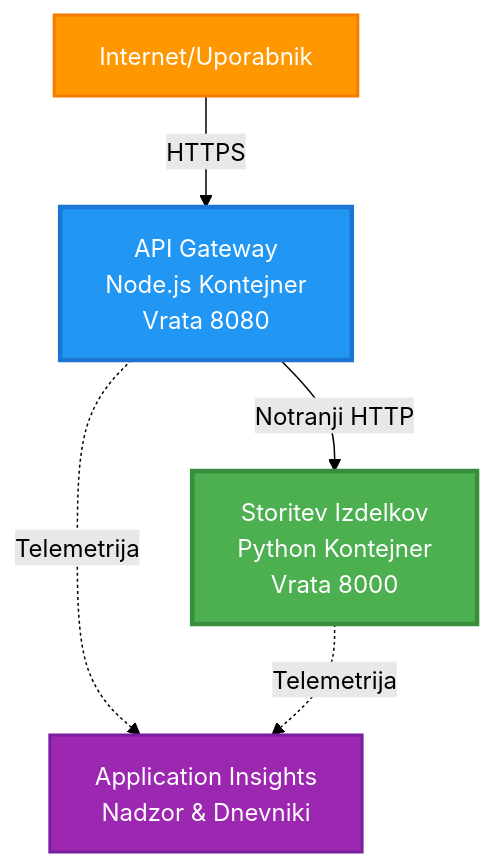
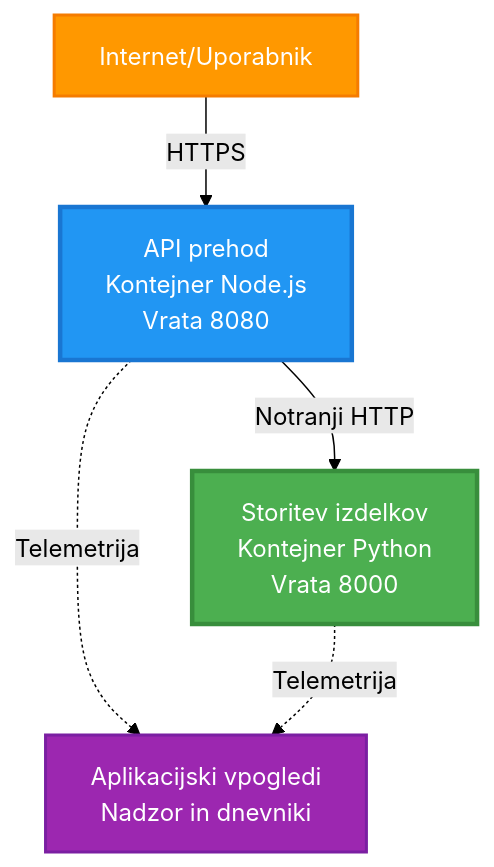
One commit to microsoft/AZD-for-beginners changed the first of 4 diagrams in translations/sl/examples/microservices/README.md. Above: the diagram before and after it, drawn with Mermaid (forest theme). The commit also changed other lines of this file and 242 other files, not shown here.

````diff
--- a/translations/sl/examples/microservices/README.md
+++ b/translations/sl/examples/microservices/README.md
@@ -40,17 +31,17 @@
 ```mermaid
 graph TB
     Internet[Internet/Uporabnik]
-    Gateway[API Gateway<br/>Node.js Kontejner<br/>Vrata 8080]
-    Product[Storitev Izdelkov<br/>Python Kontejner<br/>Vrata 8000]
-    AppInsights[Application Insights<br/>Nadzor & Dnevniki]
+    Gateway[API prehod<br/>Kontejner Node.js<br/>Vrata 8080]
+    Product[Storitev izdelkov<br/>Kontejner Python<br/>Vrata 8000]
+    AppInsights[Aplikacijski vpogledi<br/>Nadzor in dnevniki]
     
     Internet -->|HTTPS| Gateway
     Gateway -->|Notranji HTTP| Product
     Gateway -.->|Telemetrija| AppInsights
     Product -.->|Telemetrija| AppInsights
     
     style Gateway fill:#2196F3,stroke:#1976D2,stroke-width:3px,color:#fff
     style Product fill:#4CAF50,stroke:#388E3C,stroke-width:3px,color:#fff
     style Internet fill:#FF9800,stroke:#F57C00,stroke-width:2px,color:#fff
     style AppInsights fill:#9C27B0,stroke:#7B1FA2,stroke-width:2px,color:#fff
 ```
````
